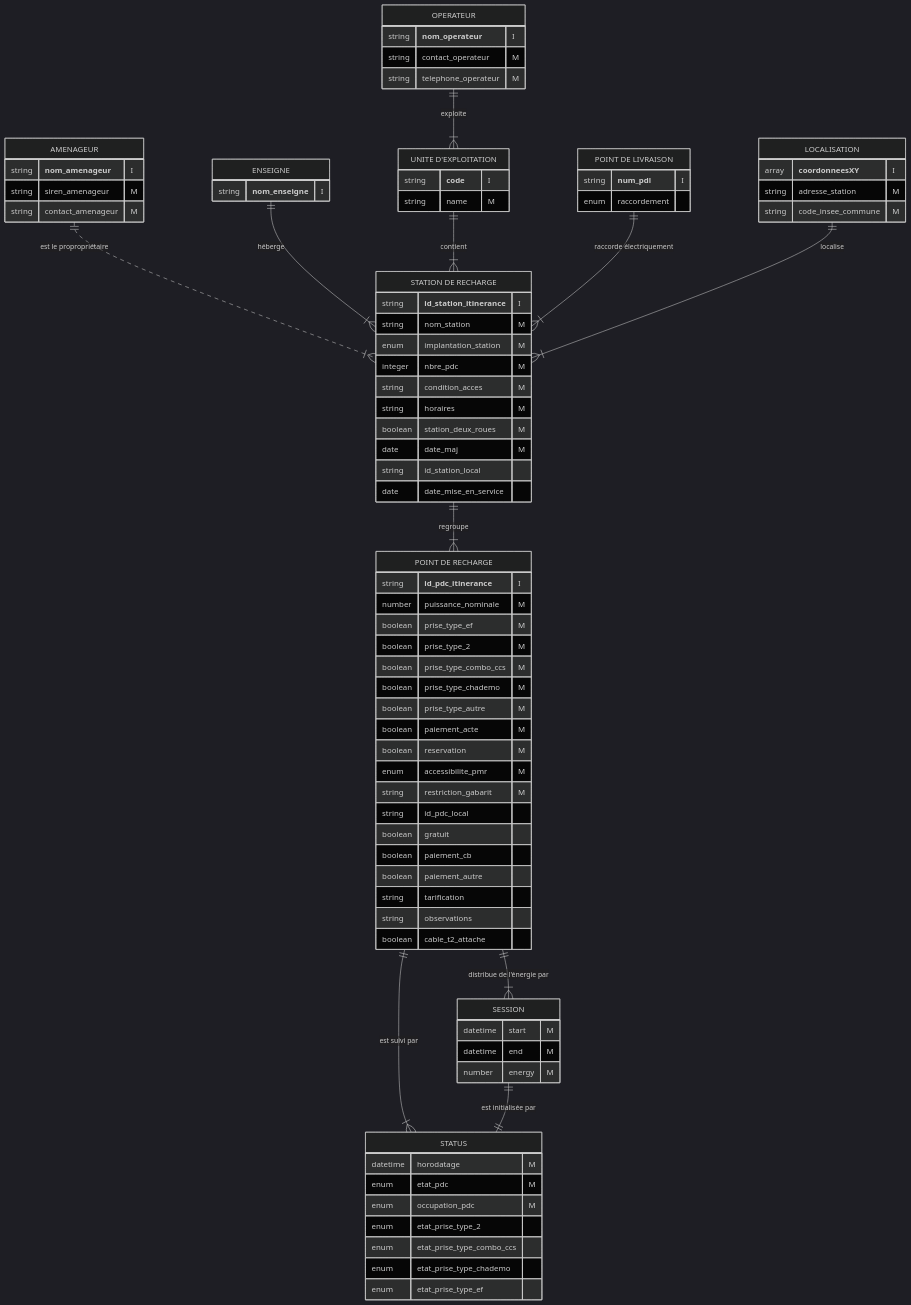
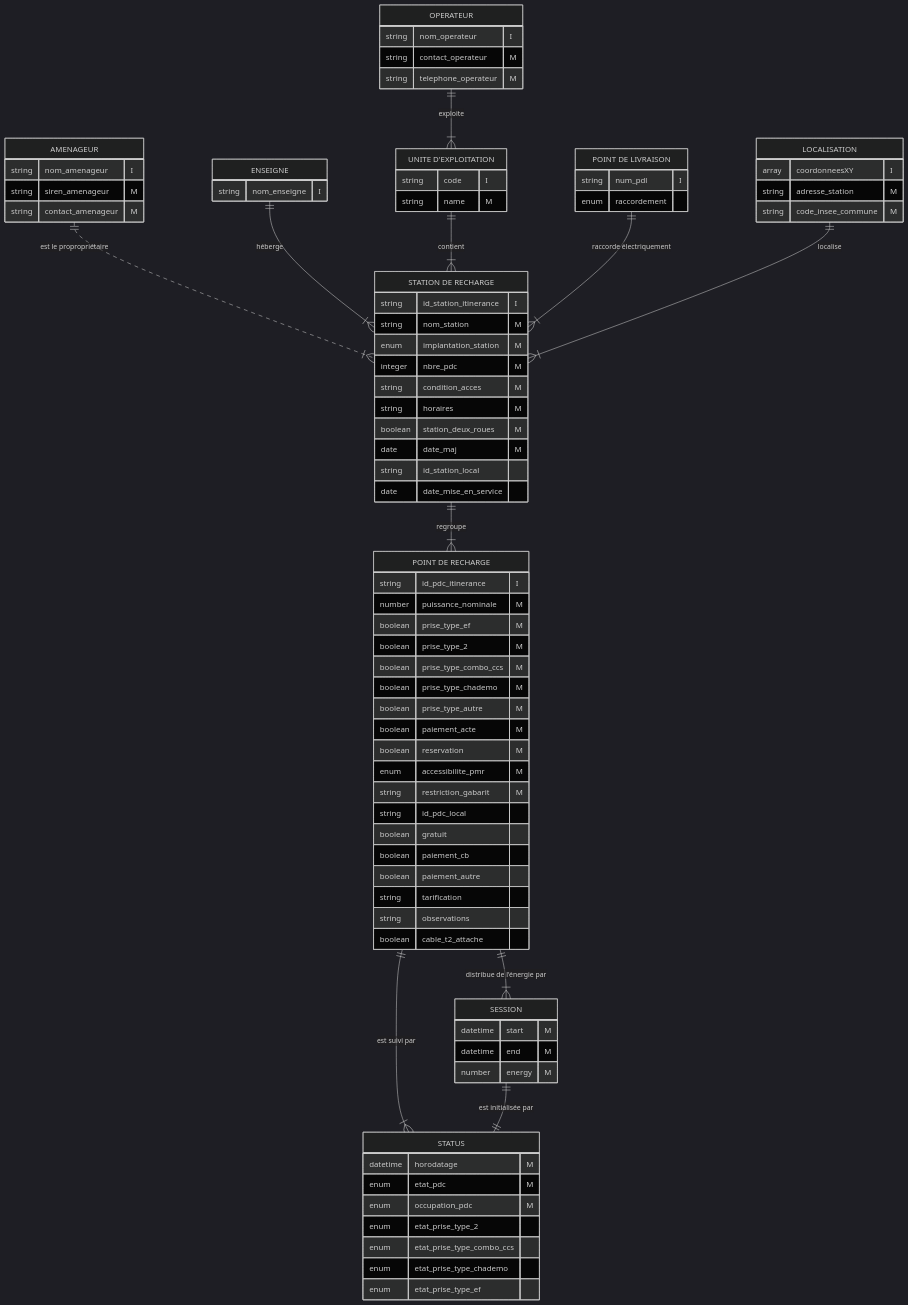
One commit to MTES-MCT/qualicharge changed diagram 16 of 16 in docs/modele.md. Above: the diagram before and after it, drawn with Mermaid (dark theme). The commit also changed other lines of this file, not shown here.

Commit message:
remove MD into mermais diagram

````diff
--- a/docs/modele.md
+++ b/docs/modele.md
@@ -351,33 +351,33 @@
 ```mermaid
 erDiagram
   OPERATEUR {
-  string **nom_operateur** "I"
+  string nom_operateur "I"
   string contact_operateur  "M"
   string telephone_operateur "M"
   }
   AMENAGEUR {
-  string **nom_amenageur** "I"
+  string nom_amenageur "I"
   string siren_amenageur "M"
   string contact_amenageur "M"
   }
   ENSEIGNE {
-  string **nom_enseigne** "I"
+  string nom_enseigne "I"
   }
   "UNITE D'EXPLOITATION" {
-  string **code** "I"
+  string code "I"
   string name "M"
   }
   "POINT DE LIVRAISON" {
-  string **num_pdl** "I"
+  string num_pdl "I"
   enum    raccordement
   }
   LOCALISATION {
-  array   **coordonneesXY** "I"
+  array   coordonneesXY "I"
   string  adresse_station "M"
   string  code_insee_commune "M"
   }
   "STATION DE RECHARGE" {
-  string  **id_station_itinerance** "I"
+  string  id_station_itinerance "I"
   string  nom_station "M"
   enum    implantation_station "M"
   integer nbre_pdc "M"
@@ -389,7 +389,7 @@
   date    date_mise_en_service 
   }
   "POINT DE RECHARGE" {
-    string **id_pdc_itinerance** "I"
+    string id_pdc_itinerance "I"
     number puissance_nominale "M"
     boolean prise_type_ef "M"
     boolean prise_type_2 "M" 
````
